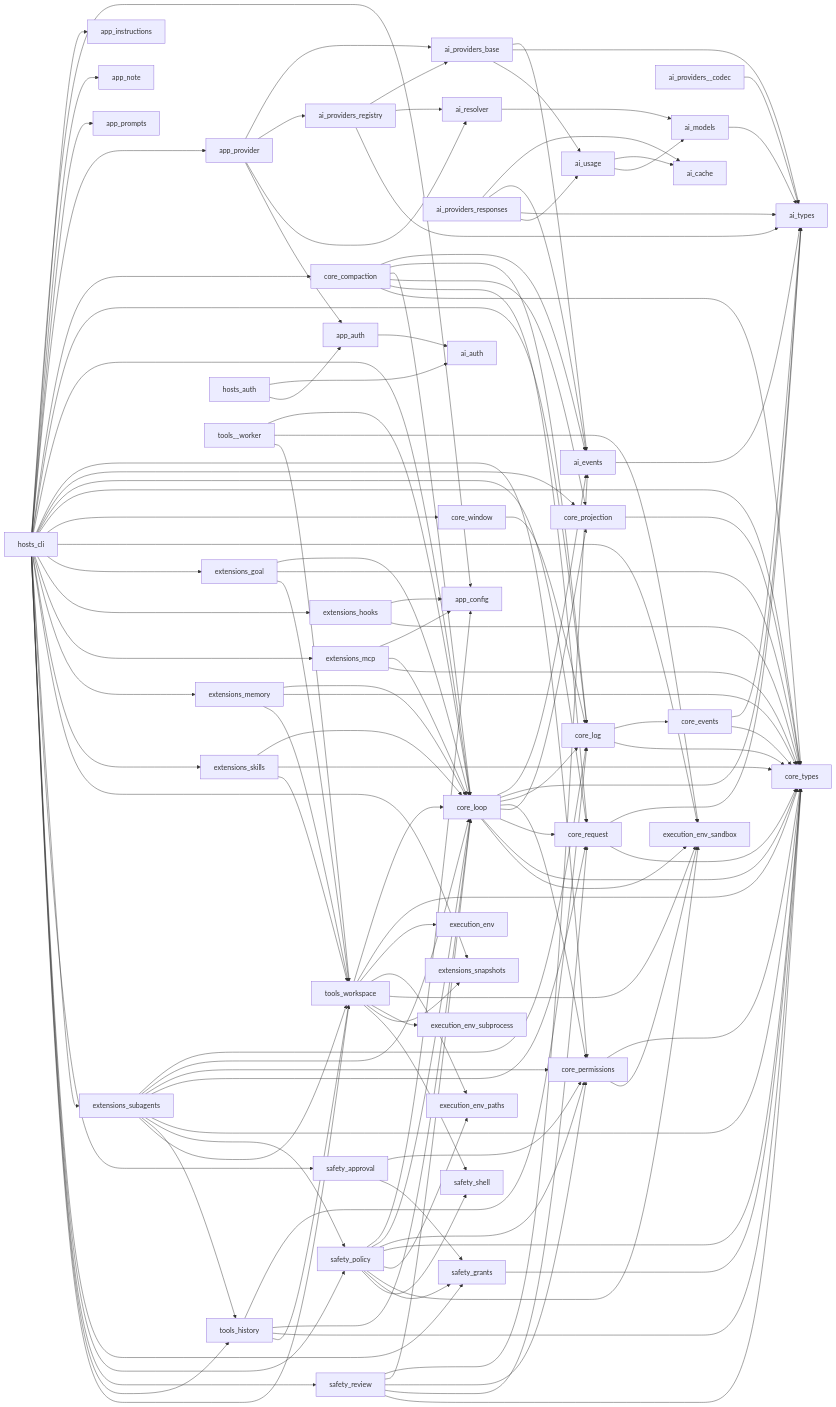
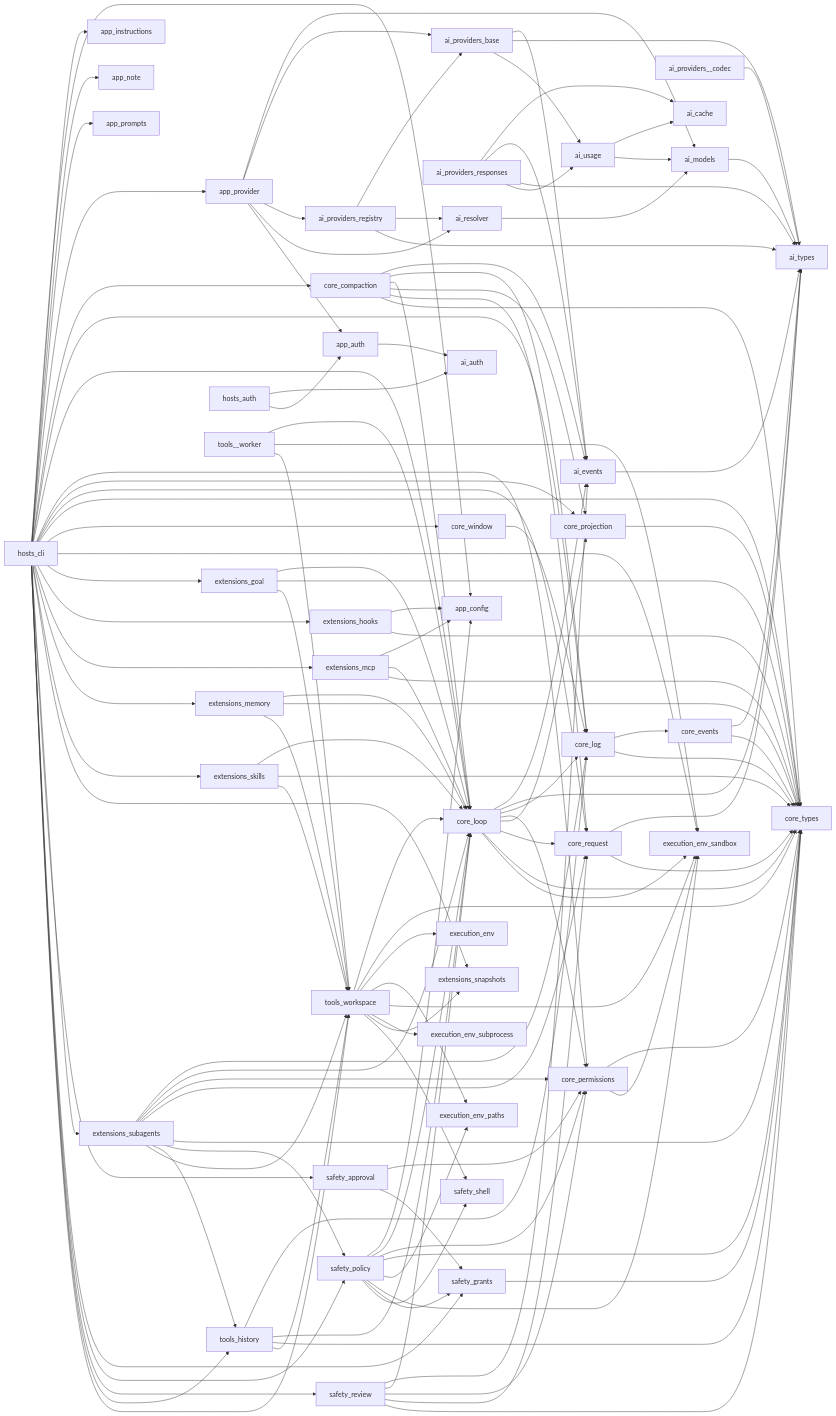
Before and after one commit to reddishJade/CadeMini: the diagram in docs/design/module-graph.md, drawn with Mermaid. The commit also changed 23 other files, not shown here.

```diff
--- a/docs/design/module-graph.md
+++ b/docs/design/module-graph.md
@@ -23,6 +23,7 @@
   ai_usage --> ai_cache
   ai_usage --> ai_models
   app_auth --> ai_auth
+  app_provider --> ai_models
   app_provider --> ai_providers_base
   app_provider --> ai_providers_registry
   app_provider --> ai_resolver
```
